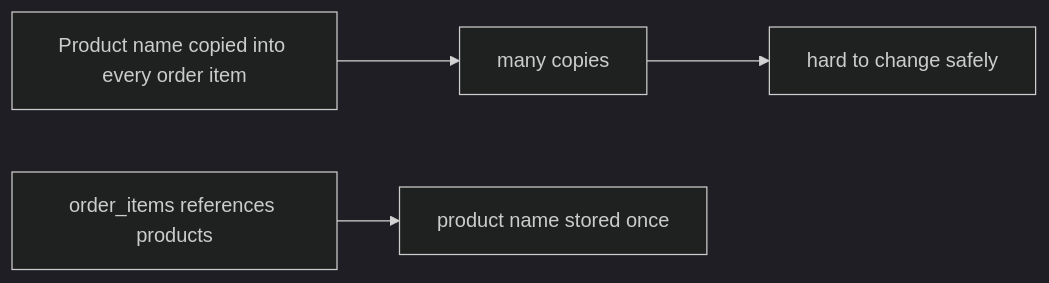
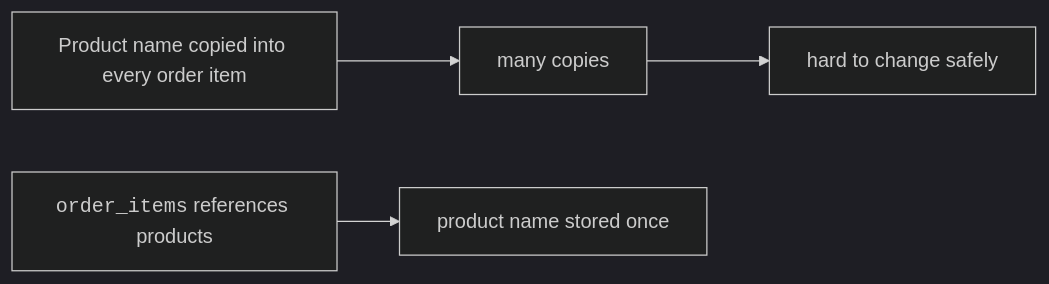
One commit to dataslope/dataslope changed the fifth of 7 diagrams in content/learn/database-design-postgresql/design-and-scale.mdx. Above: the diagram before and after it, drawn with Mermaid (dark theme). The commit also changed other lines of this file and 218 other files, not shown here.

First line of the commit message:
Render code-only mermaid shapes in monospace; convert step sequences to Steps (#467)

````diff
--- a/content/learn/database-design-postgresql/design-and-scale.mdx
+++ b/content/learn/database-design-postgresql/design-and-scale.mdx
@@ -110,6 +110,6 @@
 ```mermaid
 flowchart LR
     Repeat["Product name copied into every order item"] --> ManyCopies["many copies"]
     ManyCopies --> ExpensiveChange["hard to change safely"]
-    Normalize["order_items references products"] --> OneCopy["product name stored once"]
+    Normalize["<code>order_items</code> references products"] --> OneCopy["product name stored once"]
 ```
````
